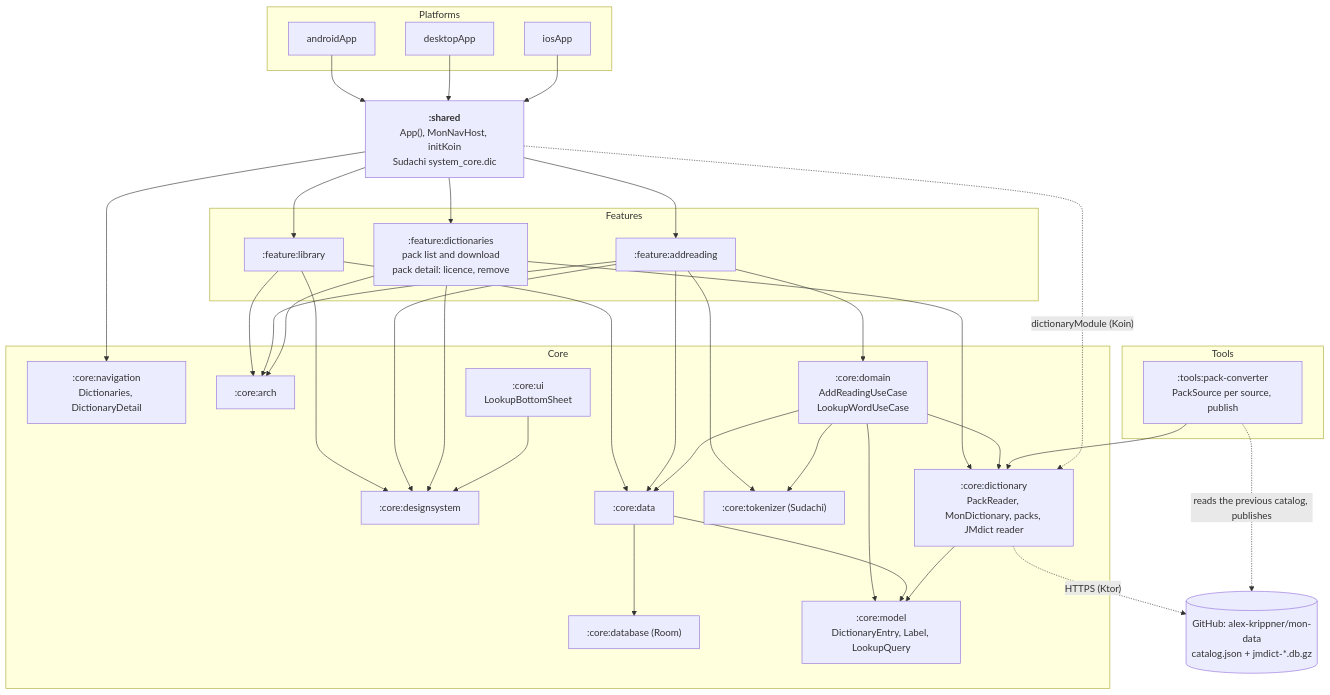
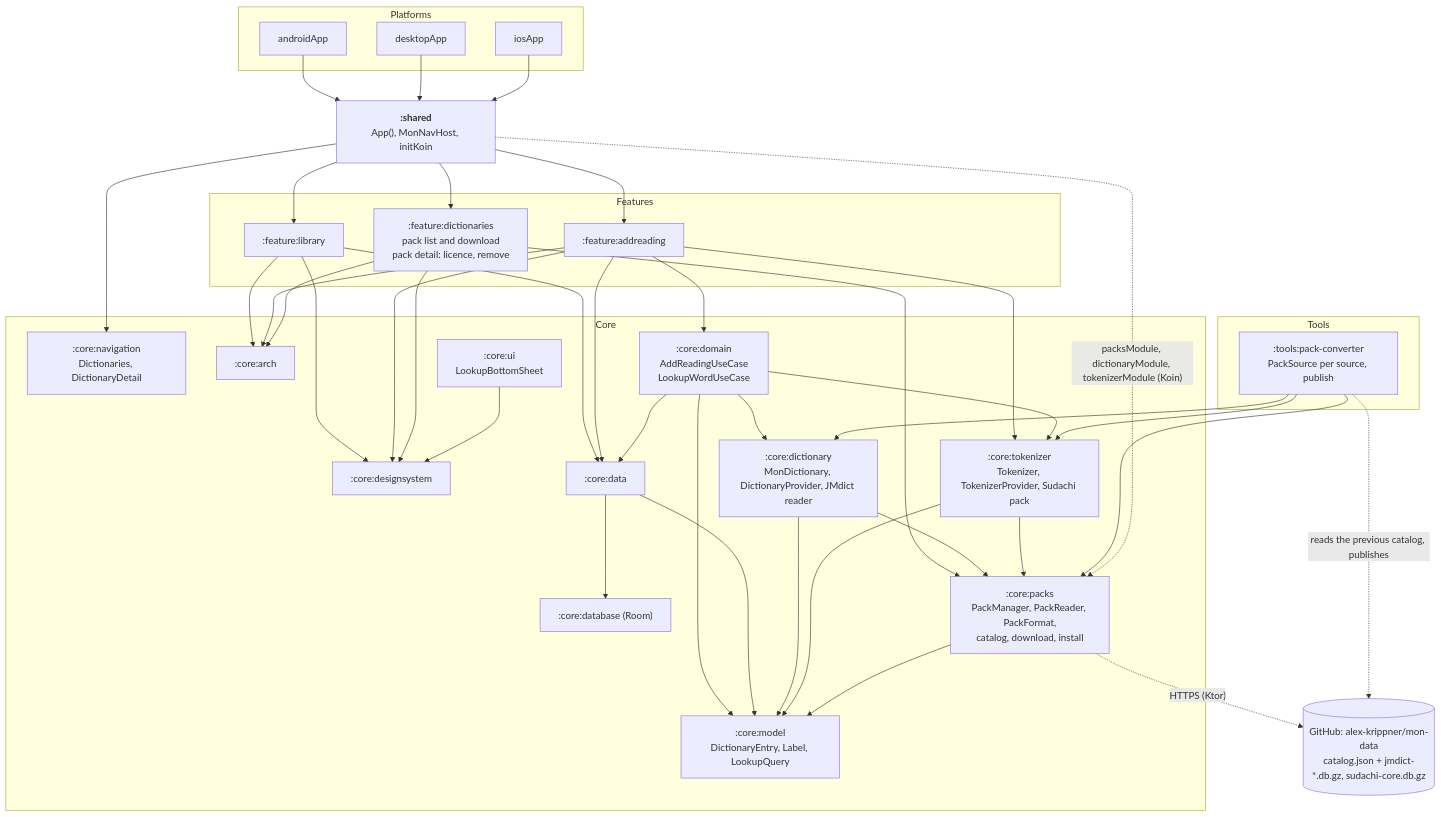
One commit to alex-krippner/mon changed the first of 2 diagrams in docs/dictionary-architecture.md. Above: the diagram before and after it, drawn with Mermaid. The commit also changed other lines of this file and 128 other files, not shown here.

First line of the commit message:
Extract core packs (#2)

````diff
--- a/docs/dictionary-architecture.md
+++ b/docs/dictionary-architecture.md
@@ -25,52 +30,55 @@
 ```mermaid
 flowchart TB
   subgraph Platforms
     androidApp
     desktopApp
     iosApp
   end
 
-  shared["<b>:shared</b><br/>App(), MonNavHost, initKoin<br/>Sudachi system_core.dic"]
+  shared["<b>:shared</b><br/>App(), MonNavHost, initKoin"]
 
   subgraph Features
     library[":feature:library"]
     addreading[":feature:addreading"]
     dictionaries[":feature:dictionaries<br/>pack list and download<br/>pack detail: licence, remove"]
   end
 
   subgraph Core
     nav[":core:navigation<br/>Dictionaries, DictionaryDetail"]
     arch[":core:arch"]
     ui[":core:ui<br/>LookupBottomSheet"]
     ds[":core:designsystem"]
     domain[":core:domain<br/>AddReadingUseCase<br/>LookupWordUseCase"]
     data[":core:data"]
     db[":core:database (Room)"]
-    tok[":core:tokenizer (Sudachi)"]
-    dict[":core:dictionary<br/>PackReader, MonDictionary, packs, JMdict reader"]
+    tok[":core:tokenizer<br/>Tokenizer, TokenizerProvider, Sudachi pack"]
+    dict[":core:dictionary<br/>MonDictionary, DictionaryProvider, JMdict reader"]
+    packs[":core:packs<br/>PackManager, PackReader, PackFormat,<br/>catalog, download, install"]
     model[":core:model<br/>DictionaryEntry, Label, LookupQuery"]
   end
 
   subgraph Tools
     conv[":tools:pack-converter<br/>PackSource per source, publish"]
   end
 
-  mondata[("GitHub: alex-krippner/mon-data<br/>catalog.json + jmdict-*.db.gz")]
+  mondata[("GitHub: alex-krippner/mon-data<br/>catalog.json + jmdict-*.db.gz, sudachi-core.db.gz")]
 
   androidApp --> shared
   desktopApp --> shared
   iosApp --> shared
   shared --> library & addreading & dictionaries & nav
   library --> data
   addreading --> domain & data & tok
-  dictionaries --> dict
+  dictionaries --> packs
   library & addreading & dictionaries --> ds & arch
   ui --> ds
   domain --> data & tok & dict & model
   data --> db & model
-  dict --> model
-  conv --> dict
+  dict --> packs & model
+  tok --> packs & model
+  packs --> model
+  conv --> dict & tok & packs
   conv -. "reads the previous catalog, publishes" .-> mondata
-  dict -. "HTTPS (Ktor)" .-> mondata
-  shared -. "dictionaryModule (Koin)" .-> dict
+  packs -. "HTTPS (Ktor)" .-> mondata
+  shared -. "packsModule, dictionaryModule, tokenizerModule (Koin)" .-> packs
 ```
````
